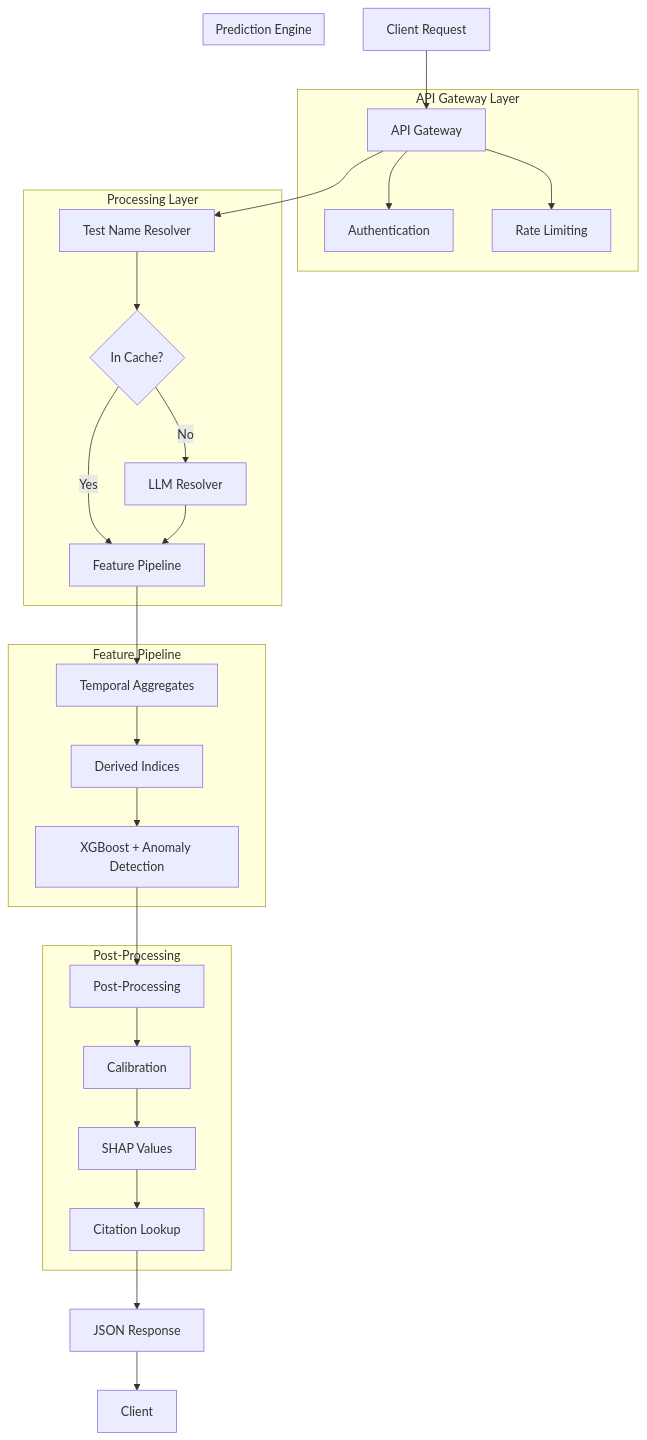
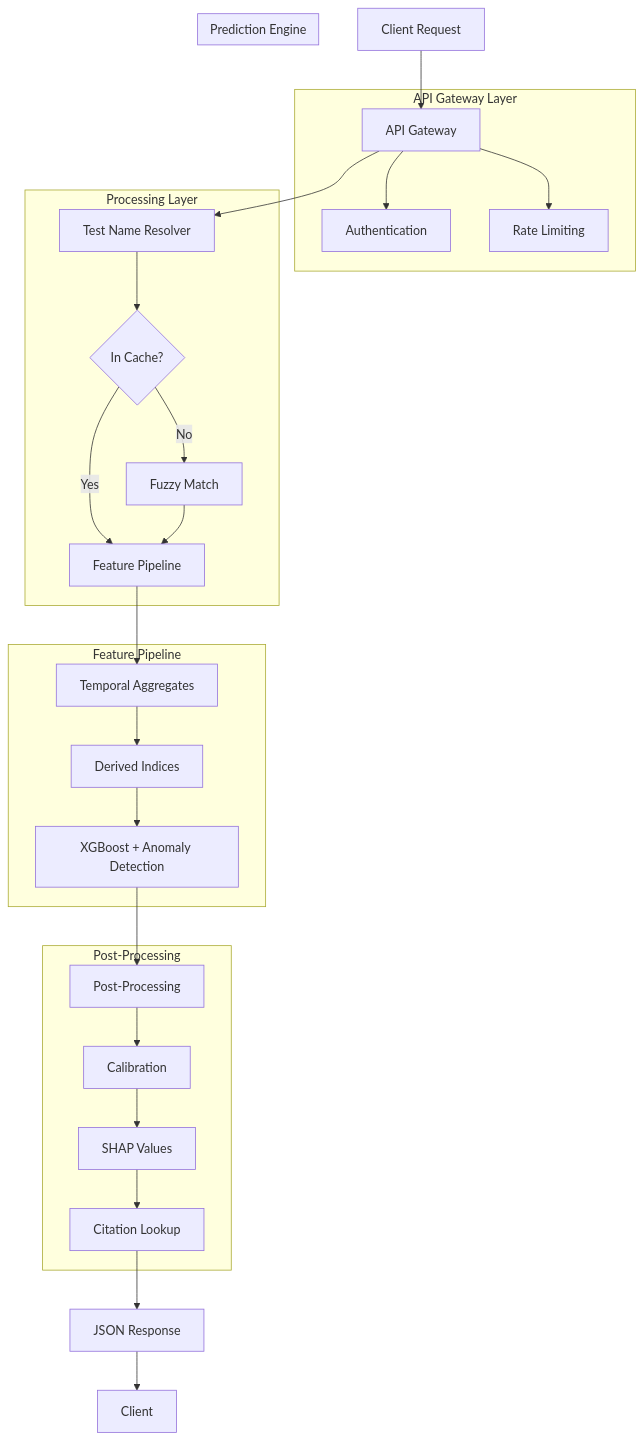
Before and after one commit to hellokelli/LabDx-Diagnostic-API: the first of 3 diagrams in docs/architecture.md, drawn with Mermaid. The commit also changed other lines of this file, not shown here.

First line of the commit message:
Revise architecture documentation for clarity and updates

````diff
--- a/docs/architecture.md
+++ b/docs/architecture.md
@@ -9,39 +9,39 @@
 ```mermaid
 graph TD
     A[Client Request] --> B[API Gateway]
 
     subgraph "API Gateway Layer"
         B --> B1[Authentication]
         B --> B2[Rate Limiting]
     end
 
     B --> C[Test Name Resolver]
 
     subgraph "Processing Layer"
         C --> C1{In Cache?}
         C1 -->|Yes| D[Feature Pipeline]
-        C1 -->|No| C2[LLM Resolver]
+        C1 -->|No| C2[Fuzzy Match]
         C2 --> D
     end
 
     subgraph "Feature Pipeline"
         D --> D1[Temporal Aggregates]
         D1 --> D2[Derived Indices]
         D2 --> E
     end
 
     subgraph "Prediction Engine"
         E[XGBoost + Anomaly Detection]
     end
 
     E --> F[Post-Processing]
 
     subgraph "Post-Processing"
         F --> F1[Calibration]
         F1 --> F2[SHAP Values]
         F2 --> F3[Citation Lookup]
     end
 
     F3 --> G[JSON Response]
     G --> H[Client]
 ```
````
